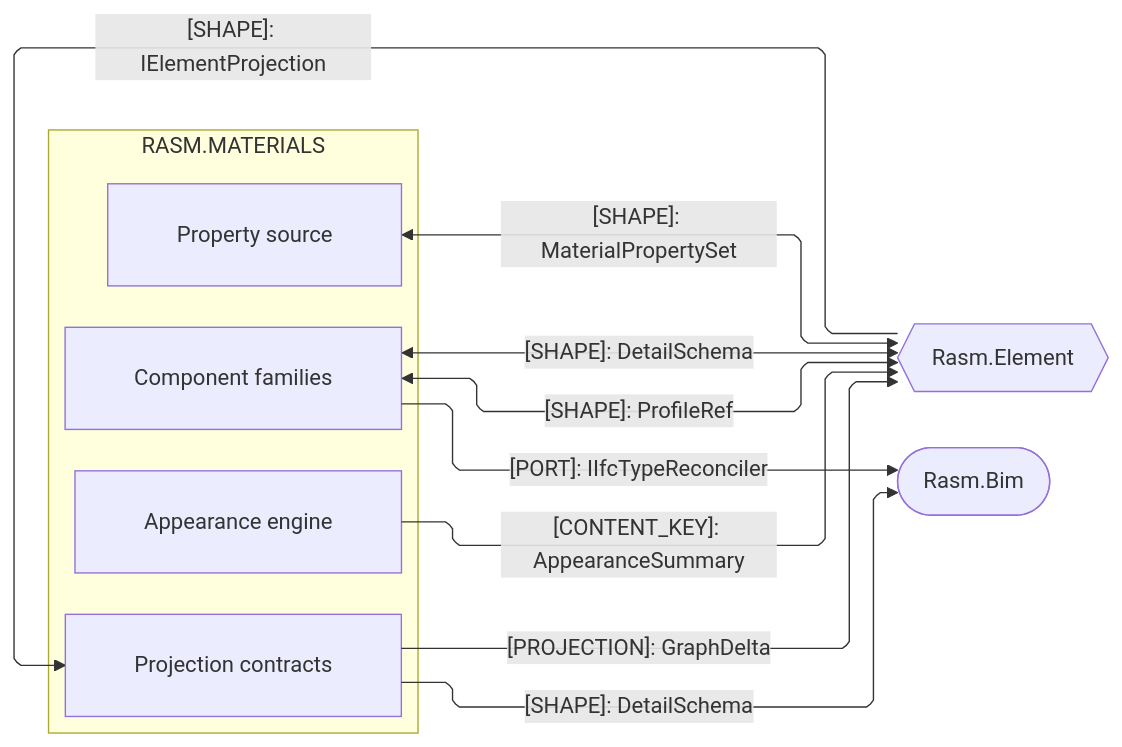
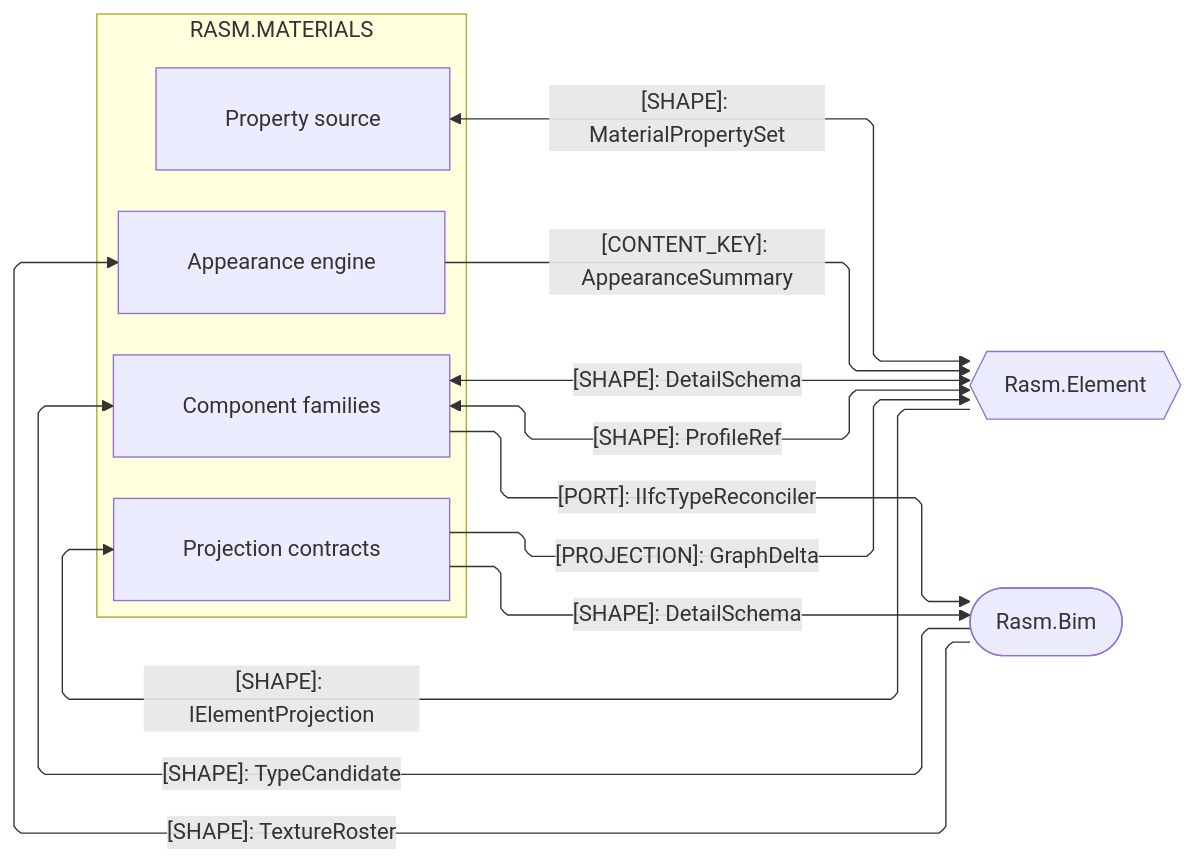
The second of 3 diagrams in libs/csharp/Rasm.Materials/ARCHITECTURE.md (bsamiee/Rasm), drawn with Mermaid before and after one commit. The commit also changed other lines of this file and 747 other files, not shown here.

````diff
--- a/libs/csharp/Rasm.Materials/ARCHITECTURE.md
+++ b/libs/csharp/Rasm.Materials/ARCHITECTURE.md
@@ -117,28 +117,30 @@
 ```mermaid
 ---
 config:
   layout: elk
   flowchart:
     curve: linear
     padding: 25
 ---
 flowchart LR
     accTitle: Materials AEC-domain projection seams
     accDescr: Materials sub-domain owners exchanging projections, section handles, property sets, and detail bags with the AEC peers Element and Bim, one edge per contract family labeled by kind.
     subgraph materials[RASM.MATERIALS]
         Projection[Projection contracts]
         Component[Component families]
         Properties[Property source]
         Appearance[Appearance engine]
     end
     Element{{Rasm.Element}}
     Bim([Rasm.Bim])
     Element e1@-->|"[SHAPE]: IElementProjection"| Projection
     Projection e2@-->|"[PROJECTION]: GraphDelta"| Element
     Projection e3@-->|"[SHAPE]: DetailSchema"| Bim
     Component e4@<-->|"[SHAPE]: ProfileRef"| Element
     Component e5@-->|"[PORT]: IIfcTypeReconciler"| Bim
+    Bim e9@-->|"[SHAPE]: TypeCandidate"| Component
+    Bim e10@-->|"[SHAPE]: TextureRoster"| Appearance
     Properties e6@<-->|"[SHAPE]: MaterialPropertySet"| Element
     Appearance e7@-->|"[CONTENT_KEY]: AppearanceSummary"| Element
     Component e8@<-->|"[SHAPE]: DetailSchema"| Element
 ```
````
